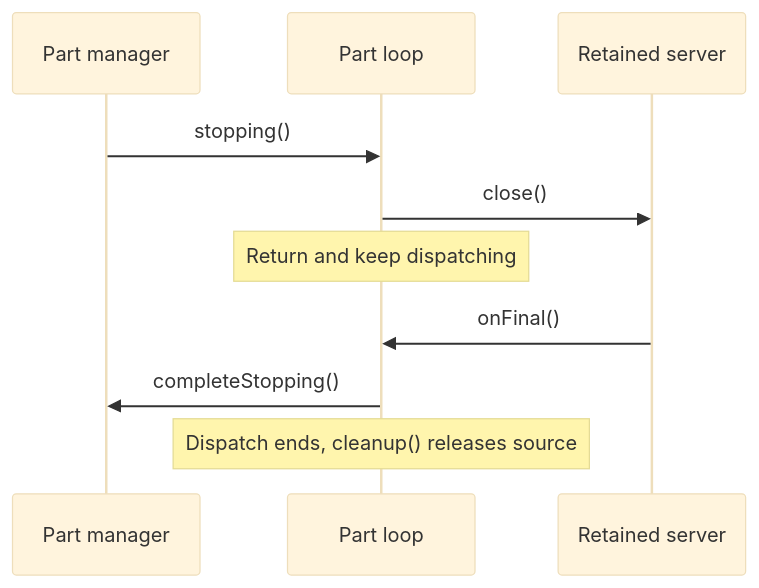
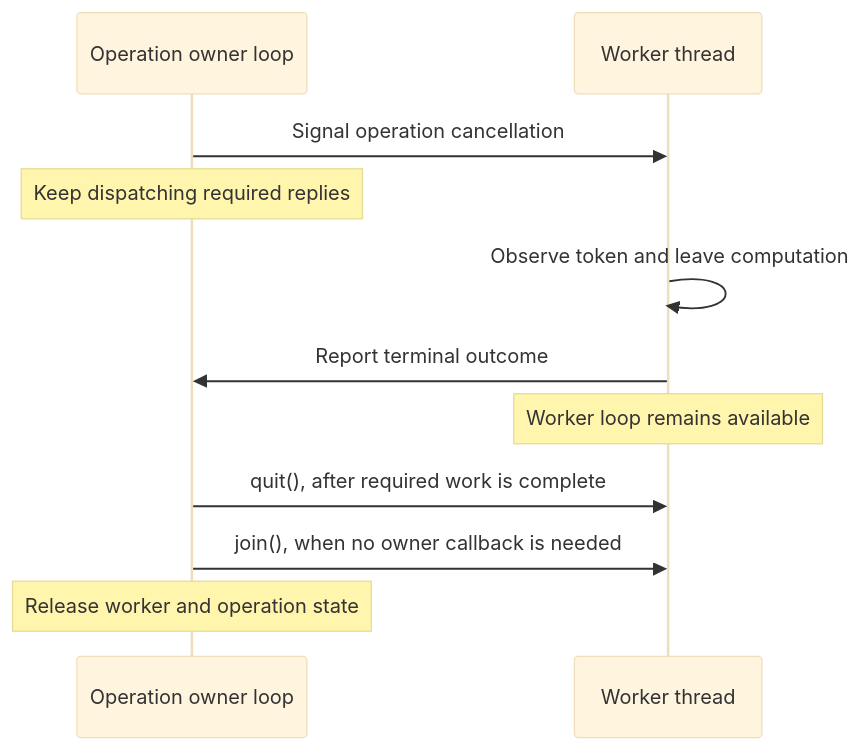
The diagram in doc/topics/event/shutting_down_event_work.rst (erbsland-dev/erbsland-core), drawn with Mermaid (base theme) before and after one commit. The commit also changed other lines of this file and 613 other files, not shown here.

```diff
--- a/doc/topics/event/shutting_down_event_work.rst
+++ b/doc/topics/event/shutting_down_event_work.rst
@@ -90,12 +218,13 @@
 .. mermaid::
 
     sequenceDiagram
-        participant Manager as Part manager
-        participant Owner as Part loop
-        participant Server as Retained server
-        Manager->>Owner: stopping()
-        Owner->>Server: close()
-        Note over Owner: Return and keep dispatching
-        Server->>Owner: onFinal()
-        Owner->>Manager: completeStopping()
-        Note over Owner: Dispatch ends, cleanup() releases source
+        participant Owner as Operation owner loop
+        participant Worker as Worker thread
+        Owner->>Worker: Signal operation cancellation
+        Note over Owner: Keep dispatching required replies
+        Worker->>Worker: Observe token and leave computation
+        Worker->>Owner: Report terminal outcome
+        Note over Worker: Worker loop remains available
+        Owner->>Worker: quit(), after required work is complete
+        Owner->>Worker: join(), when no owner callback is needed
+        Note over Owner: Release worker and operation state
```
